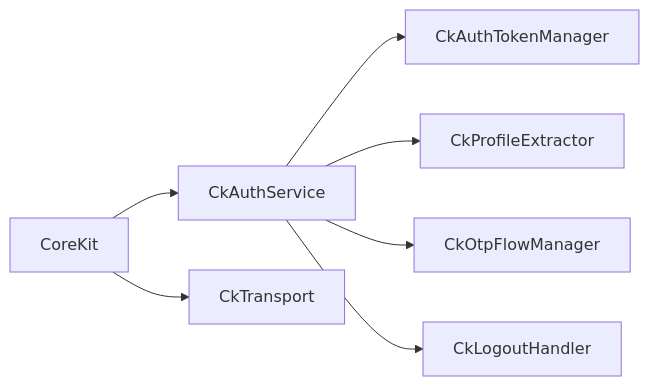
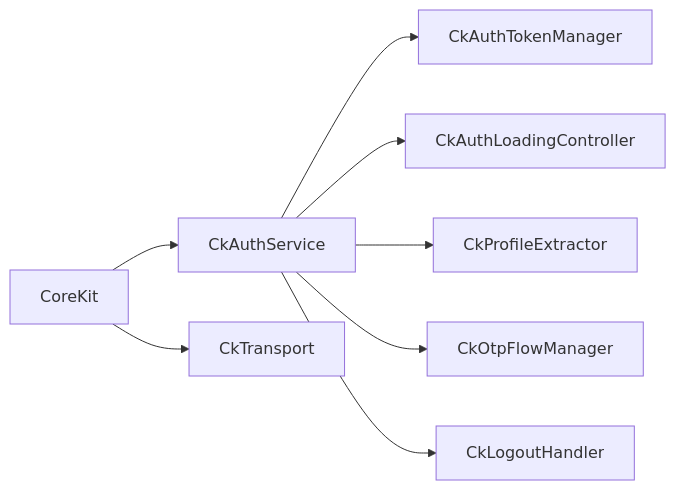
The diagram in README.md (kmmuzahid/flutter_core_kit), drawn with Mermaid before and after one commit. The commit also changed other lines of this file and 10 other files, not shown here.

````diff
--- a/README.md
+++ b/README.md
@@ -1392,9 +1492,10 @@
 ```mermaid
 flowchart LR
   CoreKit --> CkAuthService
   CoreKit --> CkTransport
   CkAuthService --> CkAuthTokenManager
+  CkAuthService --> CkAuthLoadingController
   CkAuthService --> CkProfileExtractor
   CkAuthService --> CkOtpFlowManager
   CkAuthService --> CkLogoutHandler
 ```
````
